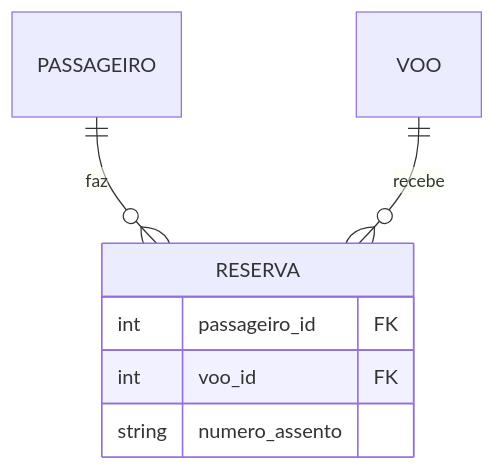
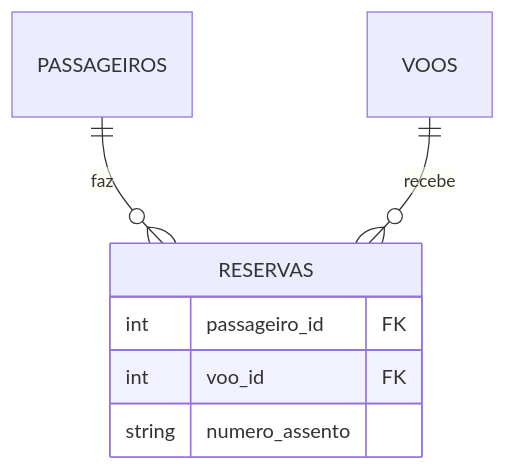
Before and after one commit to GTI-Fatec-Jahu/BDA-GTI-2026-2: the seventh of 8 diagrams in docs/aulas/Aula_03_Gabarito.md, drawn with Mermaid. The commit also changed other lines of this file and 5 other files, not shown here.

````diff
--- a/docs/aulas/Aula_03_Gabarito.md
+++ b/docs/aulas/Aula_03_Gabarito.md
@@ -200,12 +200,12 @@
 ```mermaid
 erDiagram
-    PASSAGEIRO { }
-    VOO { }
-    RESERVA {
+    PASSAGEIROS { }
+    VOOS { }
+    RESERVAS {
         int passageiro_id FK
         int voo_id FK
         string numero_assento
     }
-    PASSAGEIRO ||--o{ RESERVA : "faz"
-    VOO ||--o{ RESERVA : "recebe"
+    PASSAGEIROS ||--o{ RESERVAS : "faz"
+    VOOS ||--o{ RESERVAS : "recebe"
 ```
````
